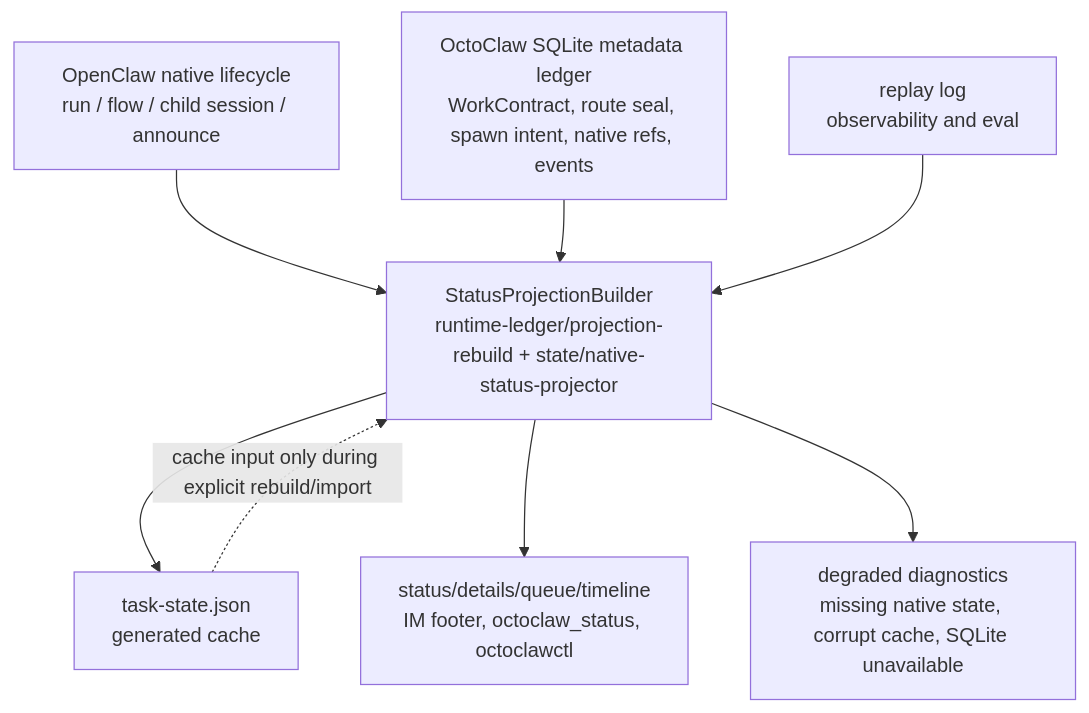
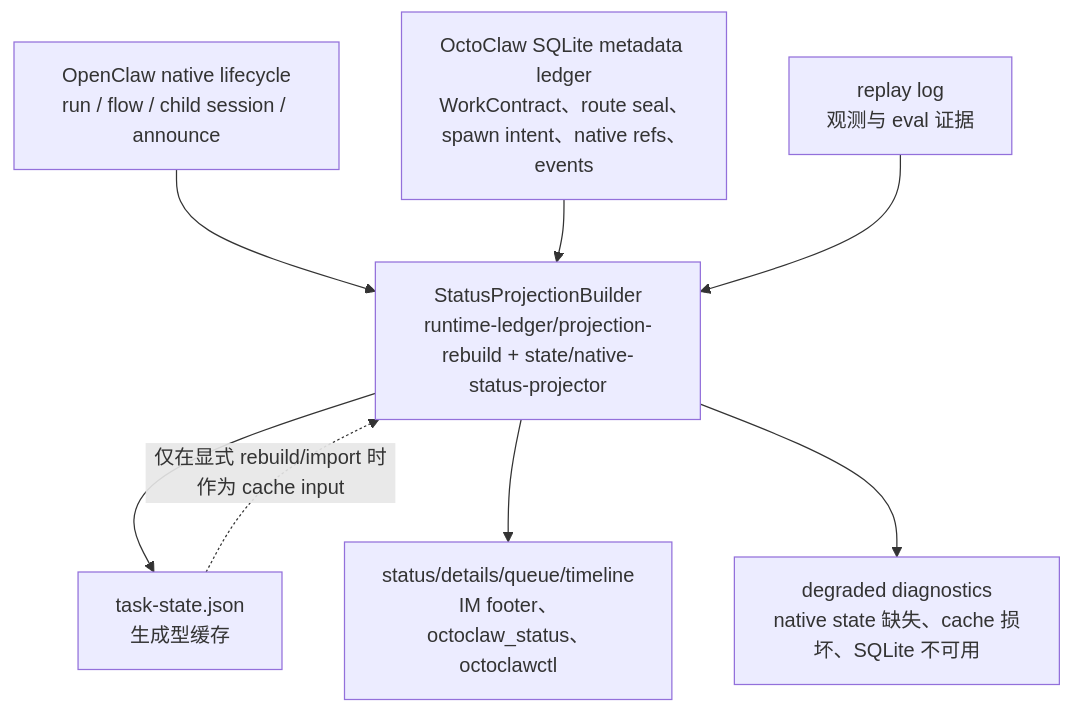
One commit to guanbear/OctoClaw changed the fourth of 5 diagrams in docs/octoclaw-architecture-map-2026-05-09.md. Above: the diagram before and after it, drawn with Mermaid. The commit also changed other lines of this file and 3 other files, not shown here.

````diff
--- a/docs/octoclaw-architecture-map-2026-05-09.md
+++ b/docs/octoclaw-architecture-map-2026-05-09.md
@@ -191,19 +190,19 @@
 ```mermaid
 flowchart TD
   Native["OpenClaw native lifecycle<br/>run / flow / child session / announce"]
-  Ledger["OctoClaw SQLite metadata ledger<br/>WorkContract, route seal, spawn intent, native refs, events"]
-  Replay["replay log<br/>observability and eval"]
-  TaskState["task-state.json<br/>generated cache"]
+  Ledger["OctoClaw SQLite metadata ledger<br/>WorkContract、route seal、spawn intent、native refs、events"]
+  Replay["replay log<br/>观测与 eval 证据"]
+  TaskState["task-state.json<br/>生成型缓存"]
   Projection["StatusProjectionBuilder<br/>runtime-ledger/projection-rebuild + state/native-status-projector"]
-  Surface["status/details/queue/timeline<br/>IM footer, octoclaw_status, octoclawctl"]
-  Degraded["degraded diagnostics<br/>missing native state, corrupt cache, SQLite unavailable"]
+  Surface["status/details/queue/timeline<br/>IM footer、octoclaw_status、octoclawctl"]
+  Degraded["degraded diagnostics<br/>native state 缺失、cache 损坏、SQLite 不可用"]
 
   Native --> Projection
   Ledger --> Projection
   Replay --> Projection
   Projection --> TaskState
   Projection --> Surface
   Projection --> Degraded
 
-  TaskState -. "cache input only during explicit rebuild/import" .-> Projection
+  TaskState -. "仅在显式 rebuild/import 时作为 cache input" .-> Projection
 ```
````
